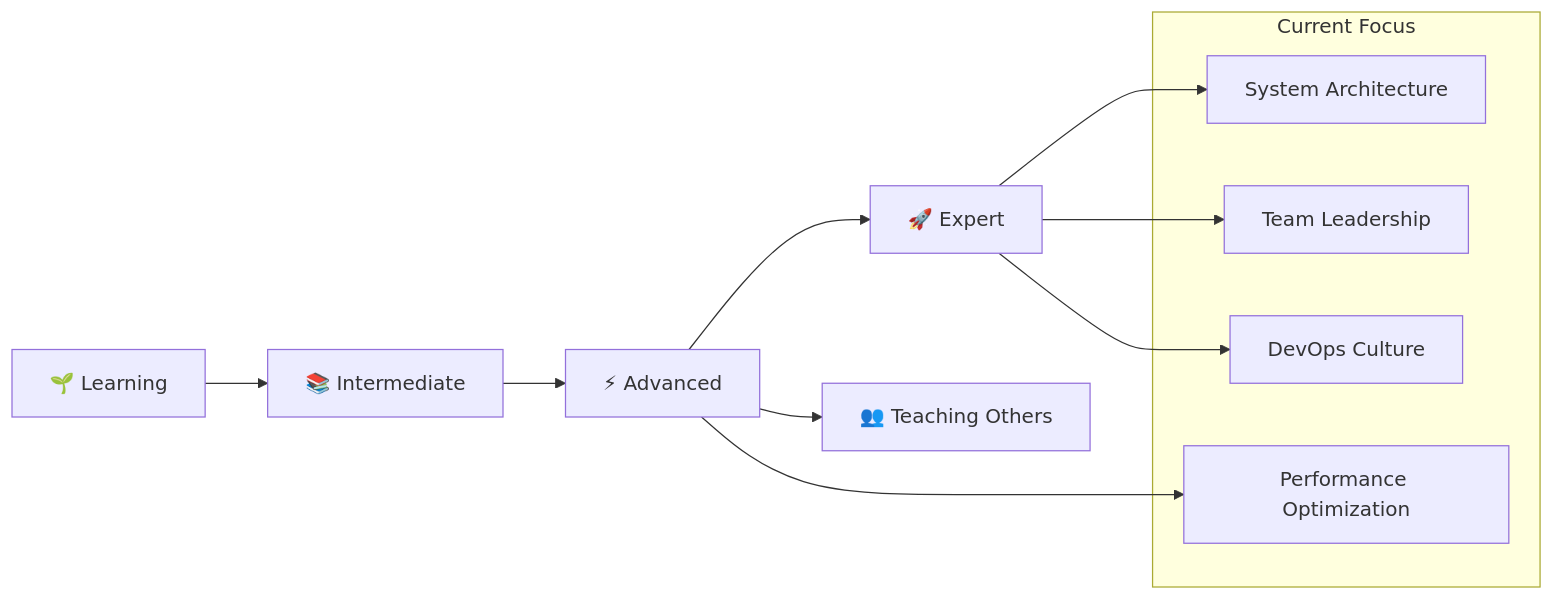
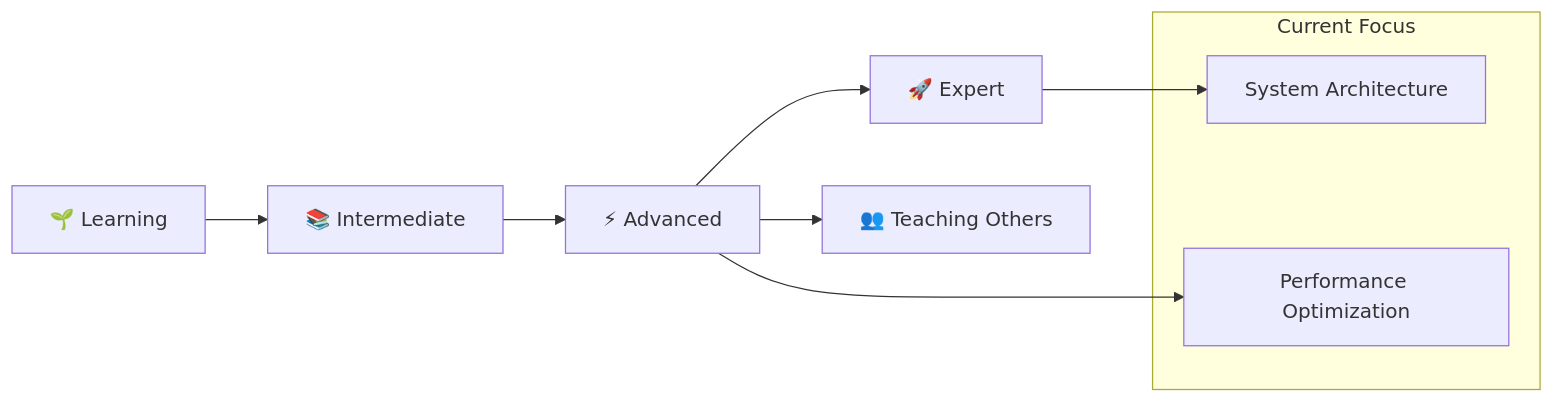
Before and after one commit to PHATCHARAPHON63/PHATCHARAPHON63: the diagram in README.md, drawn with Mermaid. The commit also changed other lines of this file, not shown here.

````diff
--- a/README.md
+++ b/README.md
@@ -244,19 +203,15 @@
 ```mermaid
 graph LR
     A[🌱 Learning] --> B[📚 Intermediate]
     B --> C[⚡ Advanced] 
     C --> D[🚀 Expert]
     C --> E[👥 Teaching Others]
     
     subgraph "Current Focus"
         F[System Architecture]
-        G[Team Leadership]
-        H[DevOps Culture]
         I[Performance Optimization]
     end
     
     D --> F
-    D --> G
-    D --> H
     C --> I
 ```
````
